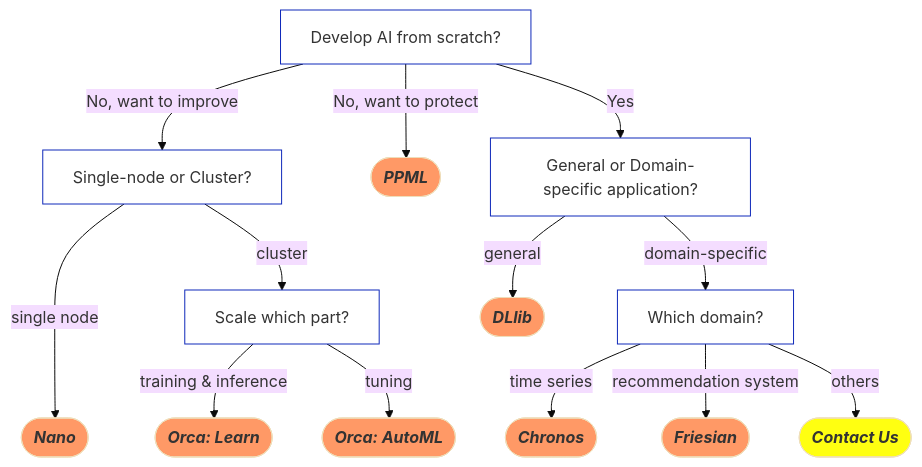
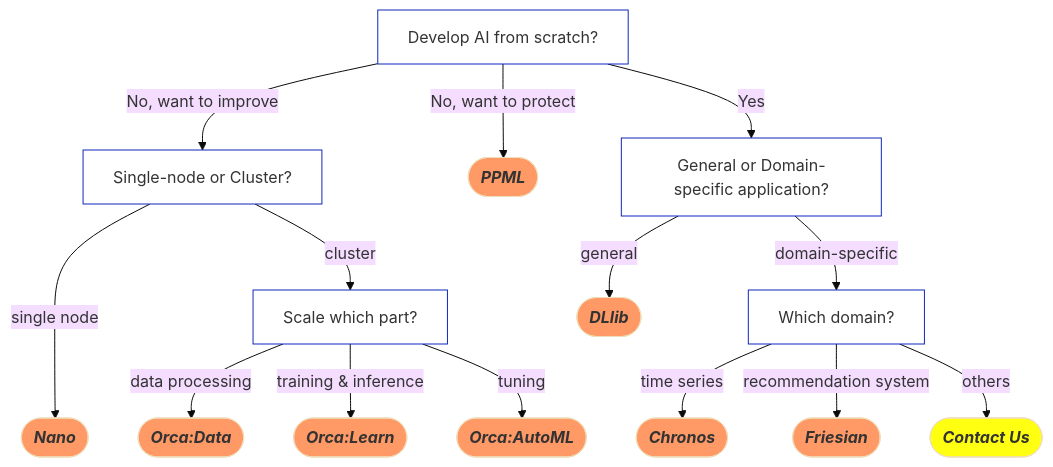
One commit to intel-analytics/ipex-llm changed the diagram in README.md. Above: the diagram before and after it, drawn with Mermaid (base theme).

````diff
--- a/README.md
+++ b/README.md
@@ -47,37 +47,38 @@
 ```mermaid
 flowchart TD;
     Feature1[Develop AI from scratch?];
     
     Feature1-- No, want to improve -->Feature2[Single-node or Cluster?];
     Feature1-- No, want to protect -->ReferPPML([<em><strong>PPML</strong></em>]);
     Feature1-- Yes --> Feature3[General or Domain-specific application?];
     Feature2-- single node --->ReferNano([<em><strong>Nano</strong></em>]);
     Feature2-- cluster -->Feature5[Scale which part?];
-    
-    Feature5-- training & inference -->ReferOrcaLearn([<em><strong>Orca: Learn </strong></em>]);
-    Feature5-- tuning -->ReferOrcaAutoml([<em><strong>Orca: AutoML </strong></em>]);
+    Feature5-- data processing -->ReferOrcaData([<em><strong>Orca:Data </strong></em>]);
+    Feature5-- training & inference -->ReferOrcaLearn([<em><strong>Orca:Learn </strong></em>]);
+    Feature5-- tuning -->ReferOrcaAutoml([<em><strong>Orca:AutoML </strong></em>]);
     Feature3-- general -->ReferDLlib([<em><strong>DLlib</strong></em>]);
     Feature3-- domain-specific -->Feature4[Which domain?];
     Feature4-- time series -->ReferChronos([<em><strong>Chronos</strong></em>]);
     Feature4-- recommendation system -->ReferFriesian([<em><strong>Friesian</strong></em>]);
     Feature4-- others -->ReferContact([<em><strong>Contact Us</strong></em>]);
 
     
     click ReferNano "README.md#Nano" "Refer to Nano" _parent
+    click ReferOrcaData "https://bigdl.readthedocs.io/en/latest/doc/Orca/Overview/data-parallel-processing.html"
     click ReferOrcaLearn "https://bigdl.readthedocs.io/en/latest/doc/Orca/Overview/distributed-training-inference.html"
     click ReferOrcaAutoml "https://bigdl.readthedocs.io/en/latest/doc/Orca/Overview/distributed-tuning.html"
     click ReferDLlib "https://bigdl.readthedocs.io/en/latest/doc/DLlib/Overview/dllib.html"
     click ReferRayOnSpark "https://bigdl.readthedocs.io/en/latest/doc/Ray/Overview/ray.html"
     click ReferChronos "https://bigdl.readthedocs.io/en/latest/doc/Chronos/Overview/chronos.html"
     click ReferFriesian "https://bigdl.readthedocs.io/en/latest/doc/Chronos/Overview/chronos.html"
     click ReferPPML "https://bigdl.readthedocs.io/en/latest/doc/PPML/Overview/ppml.html"
     click ReferContact "https://bigdl.readthedocs.io/"
     
     classDef ReferStyle1 fill:#f96;
     classDef ReferStyle2 fill:#FF1;
     classDef Feature fill:#FFF,stroke:#0f29ba,stroke-width:1px;
-    class ReferNano,ReferOrcaLearn,ReferOrcaAutoml,ReferDLlib,ReferRayOnSpark,ReferChronos,ReferFriesian,ReferPPML ReferStyle1;
+    class ReferNano,ReferOrcaLearn,ReferOrcaData,ReferOrcaAutoml,ReferDLlib,ReferRayOnSpark,ReferChronos,ReferFriesian,ReferPPML ReferStyle1;
     class ReferContact, ReferStyle2
     class Feature1,Feature2,Feature3,Feature4,Feature5,Feature6,Feature7 Feature;
     
 ```
````
